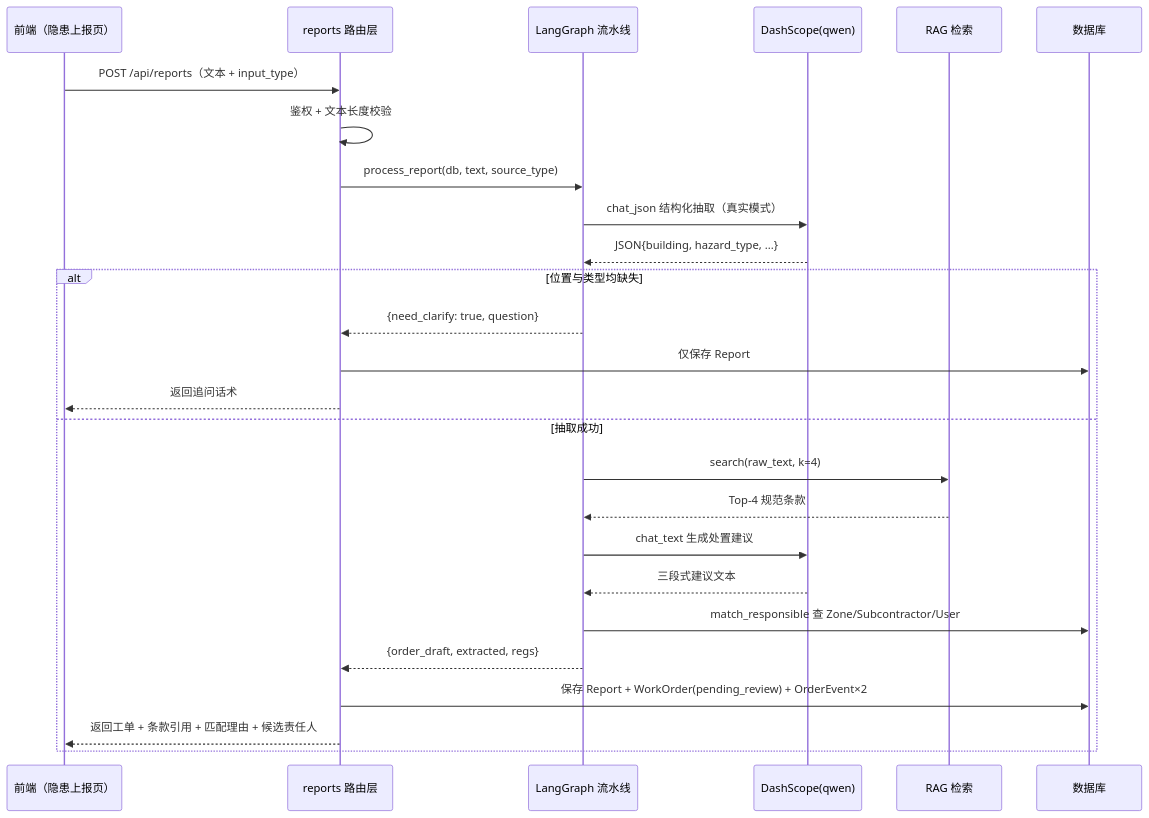
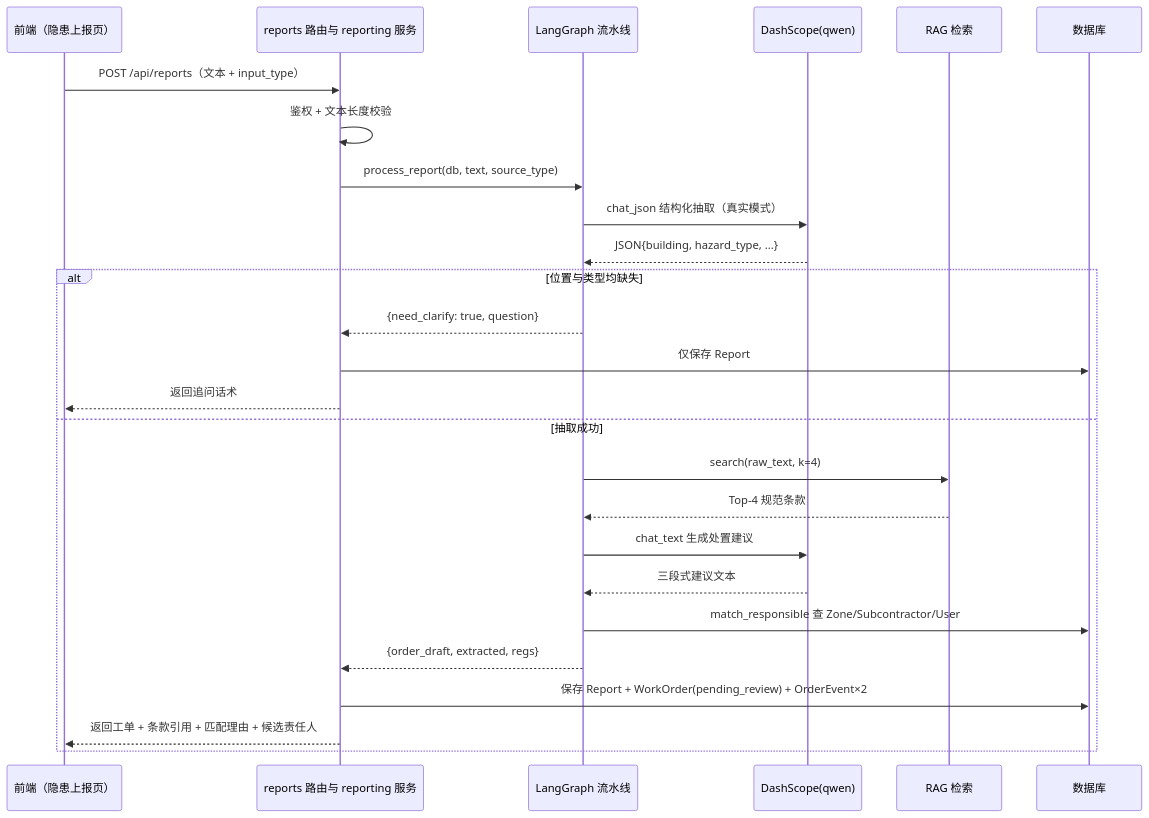
One commit to pandaadsas/zhuan-cloud changed the eighth of 8 diagrams in docs/隐患上报Agent主链路说明.md. Above: the diagram before and after it, drawn with Mermaid. The commit also changed other lines of this file and 5 other files, not shown here.

````diff
--- a/docs/隐患上报Agent主链路说明.md
+++ b/docs/隐患上报Agent主链路说明.md
@@ -194,29 +194,29 @@
 ```mermaid
 sequenceDiagram
     participant FE as 前端（隐患上报页）
-    participant RT as reports 路由层
+    participant RT as reports 路由与 reporting 服务
     participant LG as LangGraph 流水线
     participant LLM as DashScope(qwen)
     participant KB as RAG 检索
     participant DB as 数据库
 
     FE->>RT: POST /api/reports（文本 + input_type）
     RT->>RT: 鉴权 + 文本长度校验
     RT->>LG: process_report(db, text, source_type)
     LG->>LLM: chat_json 结构化抽取（真实模式）
     LLM-->>LG: JSON{building, hazard_type, ...}
     alt 位置与类型均缺失
         LG-->>RT: {need_clarify: true, question}
         RT->>DB: 仅保存 Report
         RT-->>FE: 返回追问话术
     else 抽取成功
         LG->>KB: search(raw_text, k=4)
         KB-->>LG: Top-4 规范条款
         LG->>LLM: chat_text 生成处置建议
         LLM-->>LG: 三段式建议文本
         LG->>DB: match_responsible 查 Zone/Subcontractor/User
         LG-->>RT: {order_draft, extracted, regs}
         RT->>DB: 保存 Report + WorkOrder(pending_review) + OrderEvent×2
         RT-->>FE: 返回工单 + 条款引用 + 匹配理由 + 候选责任人
     end
 ```
````
